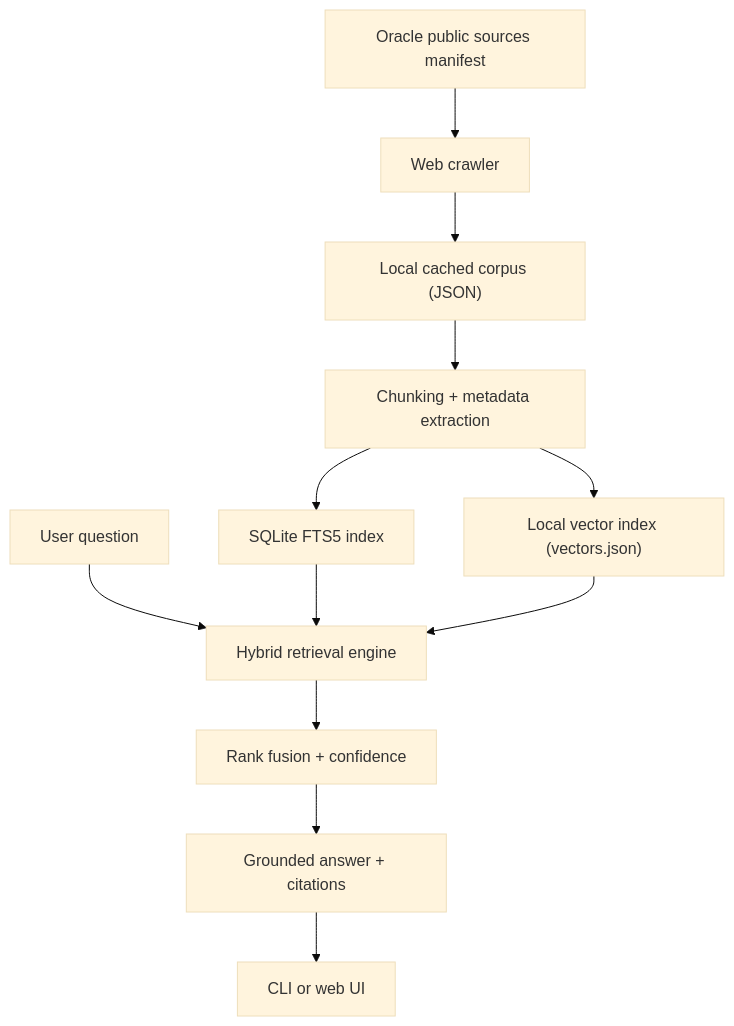
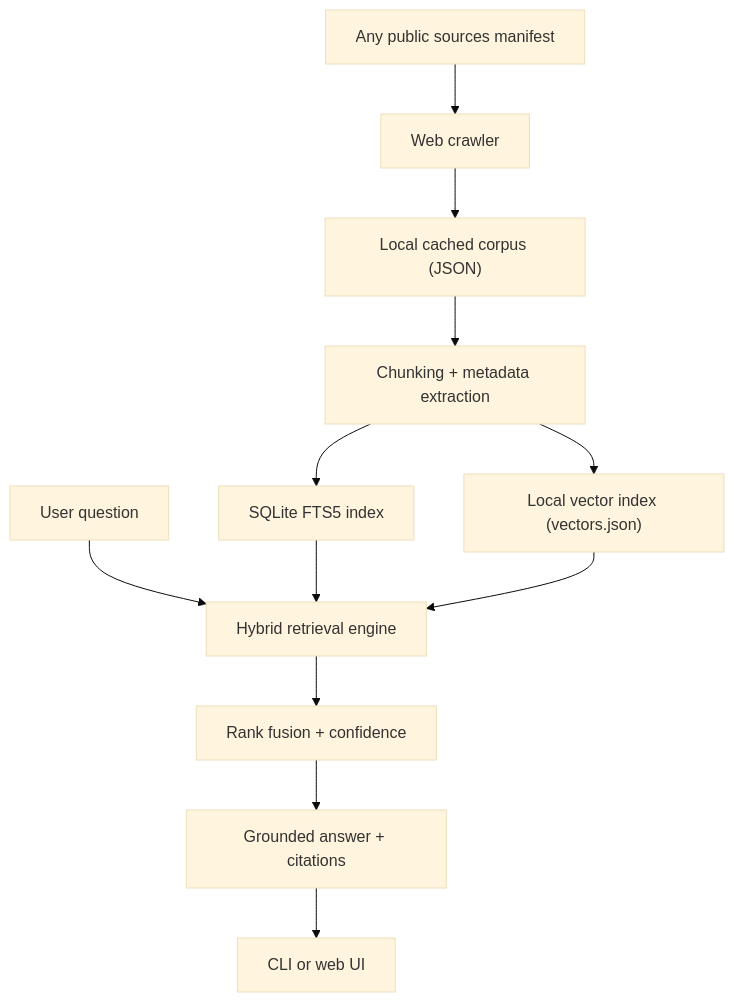
Before and after one commit to gnvenky/trustedsearch: the diagram in README.md, drawn with Mermaid (base theme).

````diff
--- a/README.md
+++ b/README.md
@@ -106,15 +106,15 @@
 ```mermaid
 flowchart TD
-    A["Oracle public sources manifest"] --> B["Web crawler"]
+    A["Any public sources manifest"] --> B["Web crawler"]
     B --> C["Local cached corpus (JSON)"]
     C --> D["Chunking + metadata extraction"]
     D --> E["SQLite FTS5 index"]
     D --> F["Local vector index (vectors.json)"]
     G["User question"] --> H["Hybrid retrieval engine"]
     E --> H
     F --> H
     H --> I["Rank fusion + confidence"]
     I --> J["Grounded answer + citations"]
     J --> K["CLI or web UI"]
 
 ```
````
